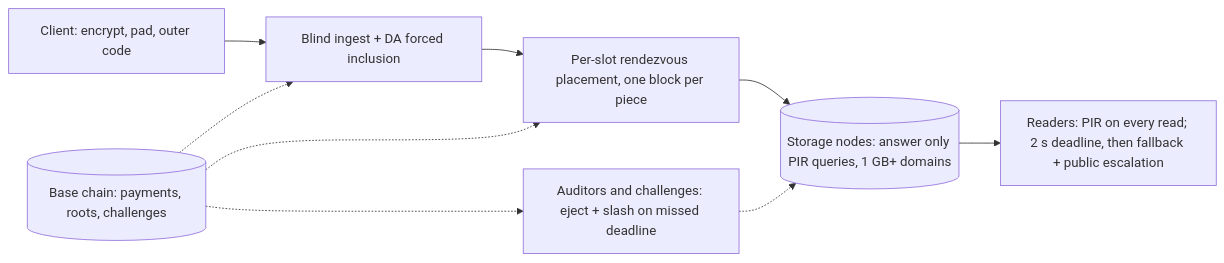
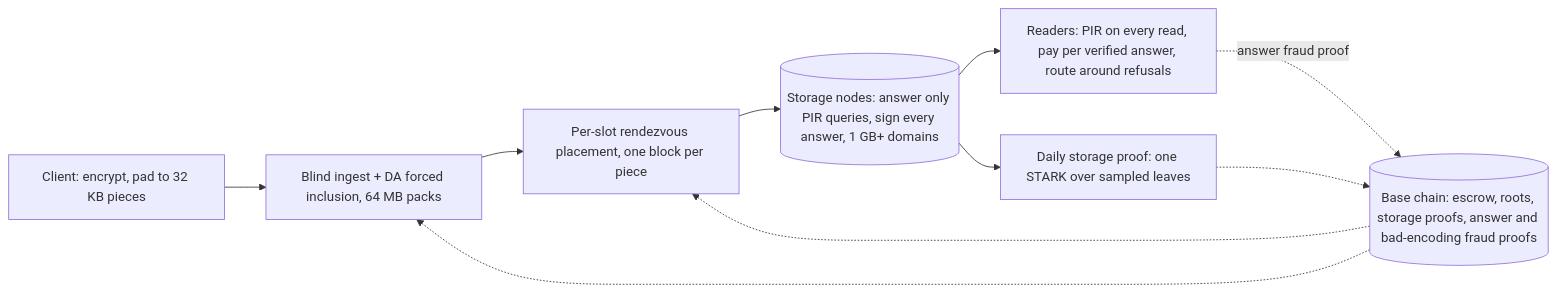
One commit to qphe95/holoweave changed the diagram in docs/design.md. Above: the diagram before and after it, drawn with Mermaid. The commit also changed other lines of this file and 7 other files, not shown here.

````diff
--- a/docs/design.md
+++ b/docs/design.md
@@ -59,11 +61,12 @@
 ```mermaid
 flowchart LR
-  C[Client: encrypt, pad, outer code] --> I[Blind ingest + DA forced inclusion]
+  C[Client: encrypt, pad to 32 KB pieces] --> I[Blind ingest + DA forced inclusion, 64 MB packs]
   I --> P[Per-slot rendezvous placement, one block per piece]
-  P --> S[(Storage nodes: answer only PIR queries, 1 GB+ domains)]
-  S --> R[Readers: PIR on every read; 2 s deadline, then fallback + public escalation]
-  A[Auditors and challenges: eject + slash on missed deadline] -.-> S
-  B[(Base chain: payments, roots, challenges)] -.-> I
+  P --> S[(Storage nodes: answer only PIR queries, sign every answer, 1 GB+ domains)]
+  S --> R[Readers: PIR on every read, pay per verified answer, route around refusals]
+  R -.->|answer fraud proof| B
+  S --> SP[Daily storage proof: one STARK over sampled leaves]
+  SP -.-> B
+  B[(Base chain: escrow, roots, storage proofs, answer and bad-encoding fraud proofs)] -.-> I
   B -.-> P
-  B -.-> A
 ```
````
